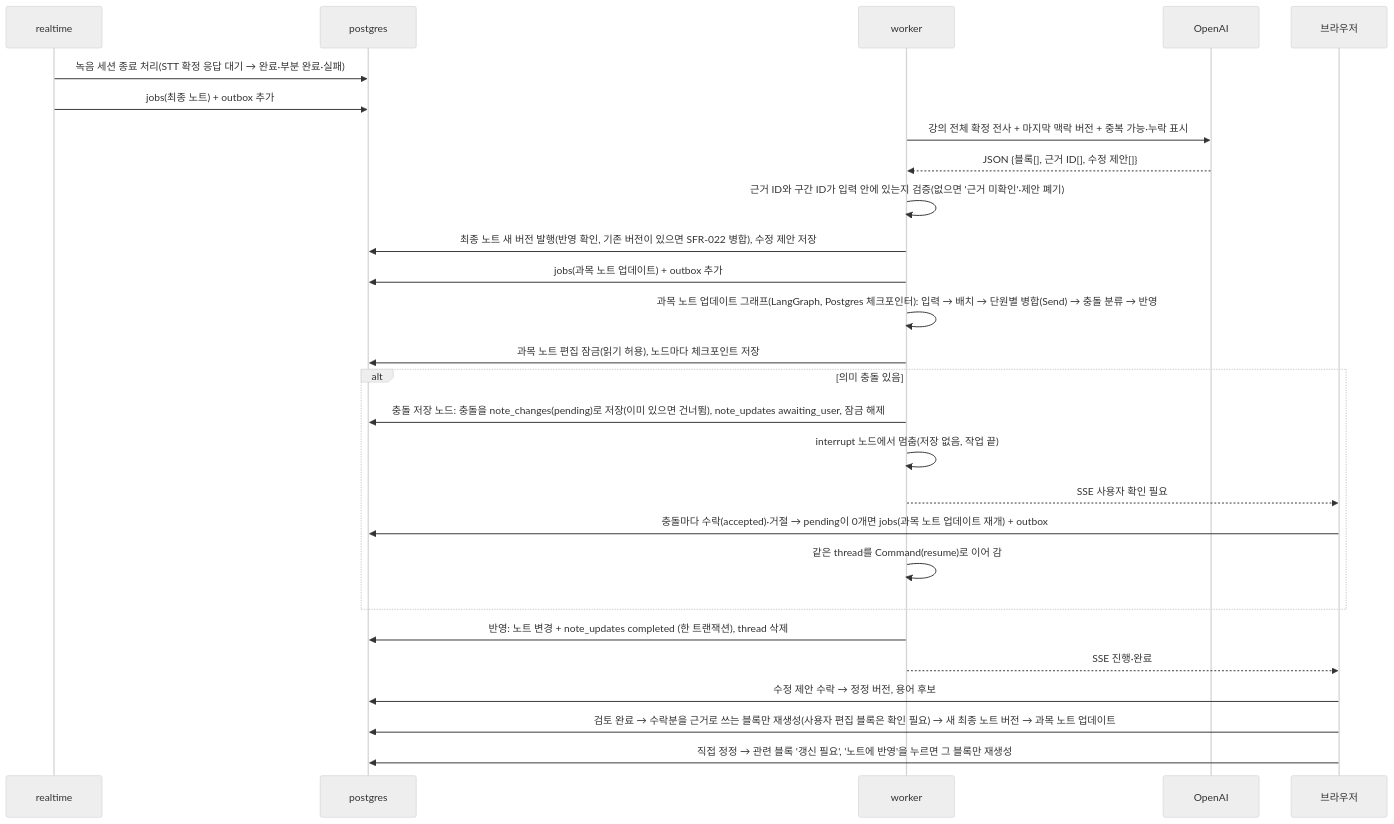
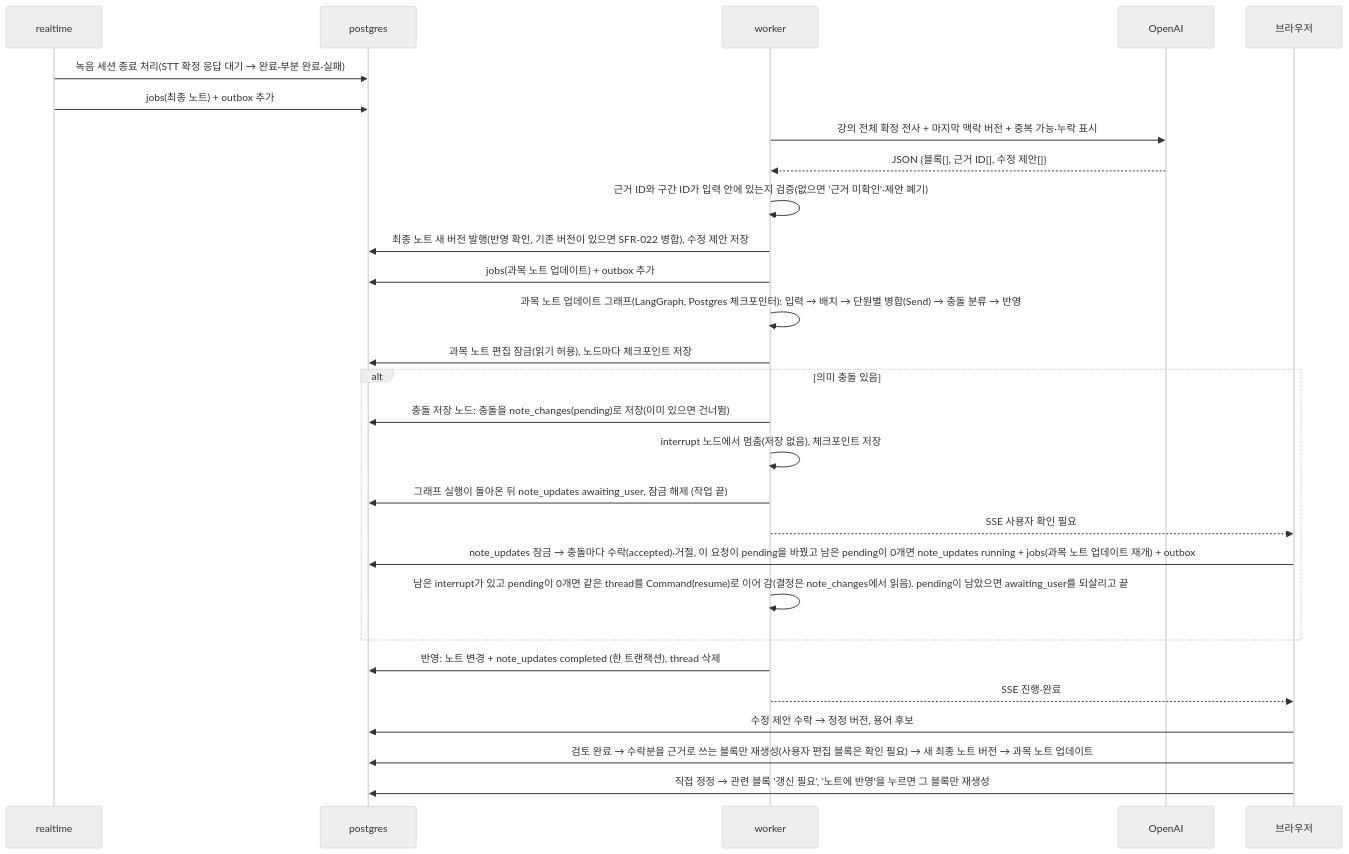
The sixth of 11 diagrams in docs/architecture.md (MinGyu-Kim0/notree), drawn with Mermaid (neutral theme) before and after one commit. The commit also changed other lines of this file and 6 other files, not shown here.

````diff
--- a/docs/architecture.md
+++ b/docs/architecture.md
@@ -189,29 +190,30 @@
 ```mermaid
 sequenceDiagram
   participant R as realtime
   participant P as postgres
   participant K as worker
   participant CL as OpenAI
   participant B as 브라우저
   R->>P: 녹음 세션 종료 처리(STT 확정 응답 대기 → 완료·부분 완료·실패)
   R->>P: jobs(최종 노트) + outbox 추가
   K->>CL: 강의 전체 확정 전사 + 마지막 맥락 버전 + 중복 가능·누락 표시
   CL-->>K: JSON {블록[], 근거 ID[], 수정 제안[]}
   K->>K: 근거 ID와 구간 ID가 입력 안에 있는지 검증(없으면 '근거 미확인'·제안 폐기)
   K->>P: 최종 노트 새 버전 발행(반영 확인, 기존 버전이 있으면 SFR-022 병합), 수정 제안 저장
   K->>P: jobs(과목 노트 업데이트) + outbox 추가
   K->>K: 과목 노트 업데이트 그래프(LangGraph, Postgres 체크포인터): 입력 → 배치 → 단원별 병합(Send) → 충돌 분류 → 반영
   K->>P: 과목 노트 편집 잠금(읽기 허용), 노드마다 체크포인트 저장
   alt 의미 충돌 있음
-    K->>P: 충돌 저장 노드: 충돌을 note_changes(pending)로 저장(이미 있으면 건너뜀), note_updates awaiting_user, 잠금 해제
-    K->>K: interrupt 노드에서 멈춤(저장 없음, 작업 끝)
+    K->>P: 충돌 저장 노드: 충돌을 note_changes(pending)로 저장(이미 있으면 건너뜀)
+    K->>K: interrupt 노드에서 멈춤(저장 없음), 체크포인트 저장
+    K->>P: 그래프 실행이 돌아온 뒤 note_updates awaiting_user, 잠금 해제 (작업 끝)
     K-->>B: SSE 사용자 확인 필요
-    B->>P: 충돌마다 수락(accepted)·거절 → pending이 0개면 jobs(과목 노트 업데이트 재개) + outbox
-    K->>K: 같은 thread를 Command(resume)로 이어 감
+    B->>P: note_updates 잠금 → 충돌마다 수락(accepted)·거절, 이 요청이 pending을 바꿨고 남은 pending이 0개면 note_updates running + jobs(과목 노트 업데이트 재개) + outbox
+    K->>K: 남은 interrupt가 있고 pending이 0개면 같은 thread를 Command(resume)로 이어 감(결정은 note_changes에서 읽음). pending이 남았으면 awaiting_user를 되살리고 끝
   end
   K->>P: 반영: 노트 변경 + note_updates completed (한 트랜잭션), thread 삭제
   K-->>B: SSE 진행·완료
   B->>P: 수정 제안 수락 → 정정 버전, 용어 후보
   B->>P: 검토 완료 → 수락분을 근거로 쓰는 블록만 재생성(사용자 편집 블록은 확인 필요) → 새 최종 노트 버전 → 과목 노트 업데이트
   B->>P: 직접 정정 → 관련 블록 '갱신 필요', '노트에 반영'을 누르면 그 블록만 재생성
 ```
````
